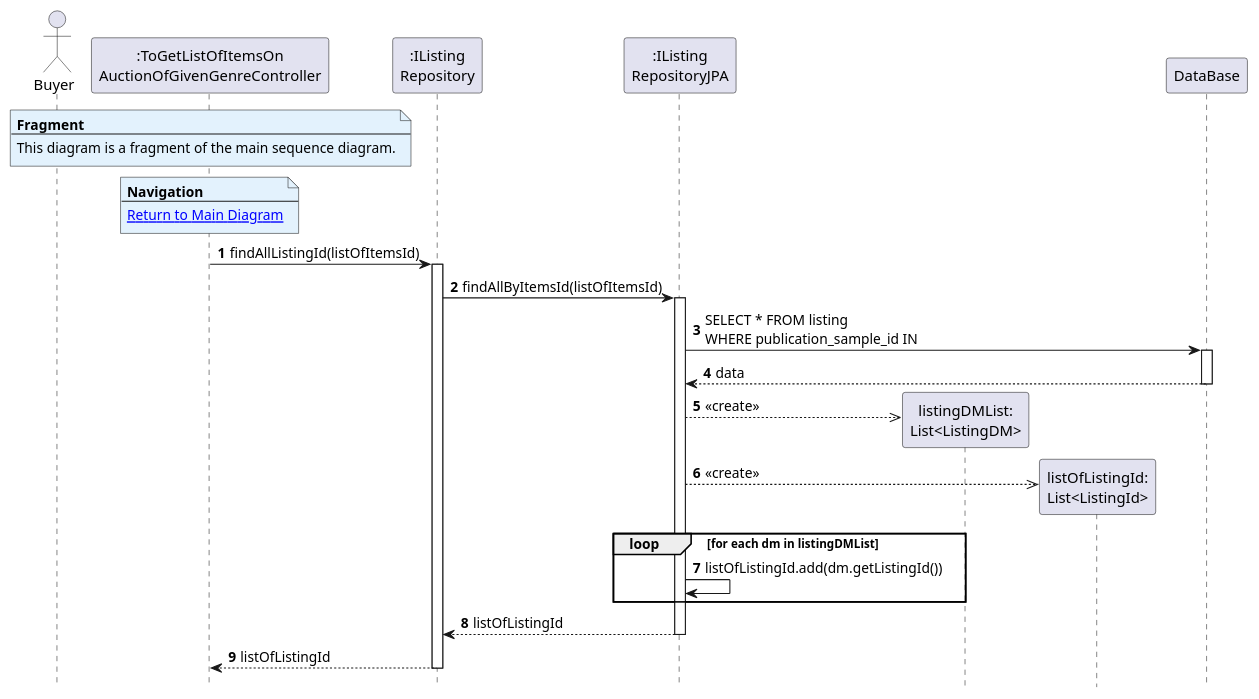
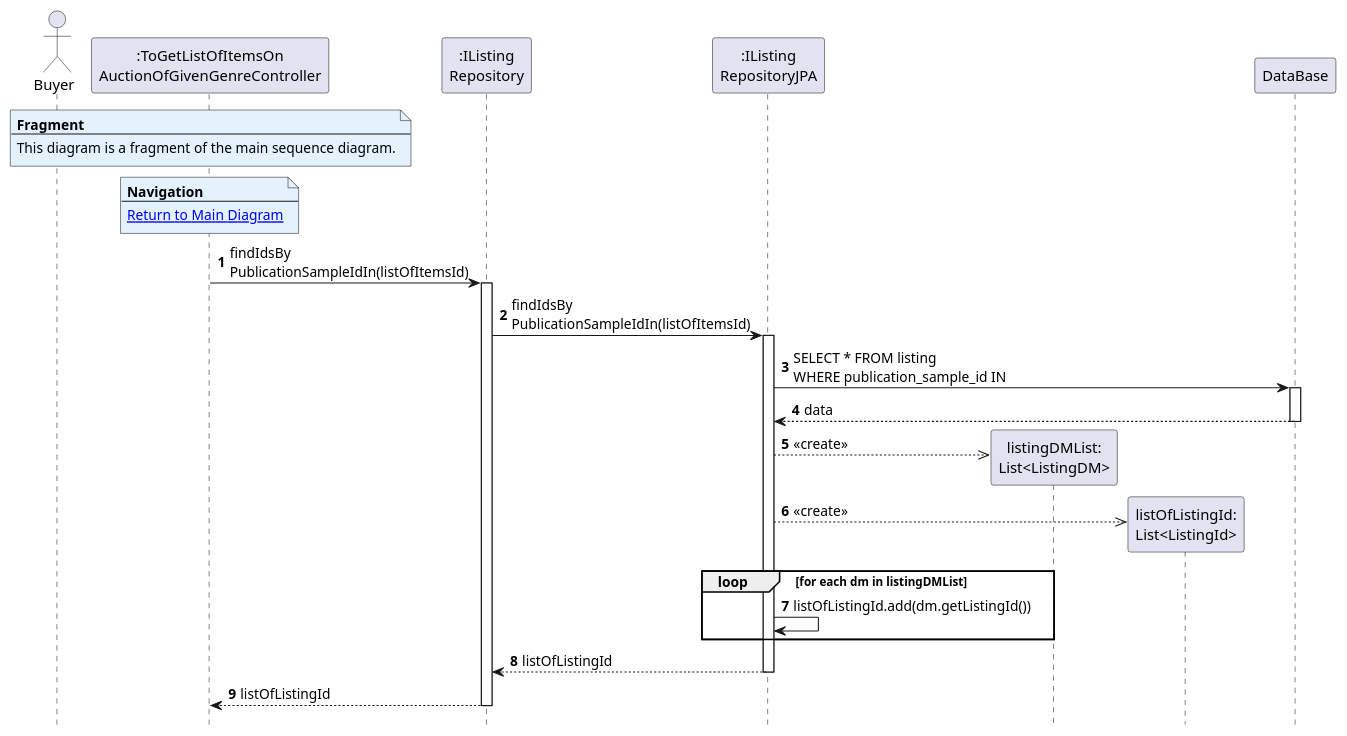
Before and after one commit to AndrePereiraGitH/SWitCH-Project-Team_A: the diagram in Diagrams/SequenceDiagrams/N2/To-get-list-of-items-on-auction-of-a-given-genre/5.findListingByItemId.puml, drawn with PlantUML. The commit also changed 6 other files, not shown here.

```diff
--- a/Diagrams/SequenceDiagrams/N2/To-get-list-of-items-on-auction-of-a-given-genre/5.findListingByItemId.puml
+++ b/Diagrams/SequenceDiagrams/N2/To-get-list-of-items-on-auction-of-a-given-genre/5.findListingByItemId.puml
@@ -1,50 +1,50 @@
 @startuml
 autonumber
 hide footbox
 
 actor Buyer as User
 
 participant ":ToGetListOfItemsOn\nAuctionOfGivenGenreController" as Controller
 participant ":IListing\nRepository" as ListingRepo
 participant ":IListing\nRepositoryJPA" as LJPA
 participant "listingDMList:\nList<ListingDM>"
 participant "listOfListingId:\nList<ListingId>"
 participant "DataBase" as DB
 
 note over Controller #E3F2FD
 <b>Fragment</b>
 ---
 This diagram is a fragment of the main sequence diagram.
 end note
 
 note over Controller #E3F2FD
 <b>Navigation</b>
 ---
 [[1.MainDiagram.puml Return to Main Diagram]]
 end note
 
 
-Controller -> ListingRepo : findAllListingId(listOfItemsId)
+Controller -> ListingRepo : findIdsBy\nPublicationSampleIdIn(listOfItemsId)
 activate ListingRepo
-ListingRepo -> LJPA : findAllByItemsId(listOfItemsId)
+ListingRepo -> LJPA : findIdsBy\nPublicationSampleIdIn(listOfItemsId)
 activate LJPA
 LJPA -> DB : SELECT * FROM listing\nWHERE publication_sample_id IN
 activate DB
 DB --> LJPA : data
 deactivate DB
 
 LJPA -->> "listingDMList:\nList<ListingDM>" ** : <<create>>
 LJPA -->> "listOfListingId:\nList<ListingId>" ** : <<create>>
 
 loop for each dm in listingDMList
 LJPA -> LJPA : listOfListingId.add(dm.getListingId())
 end
 
 LJPA --> ListingRepo : listOfListingId
 deactivate LJPA
 ListingRepo --> Controller : listOfListingId
 deactivate ListingRepo
 
 
 
 @enduml
```
